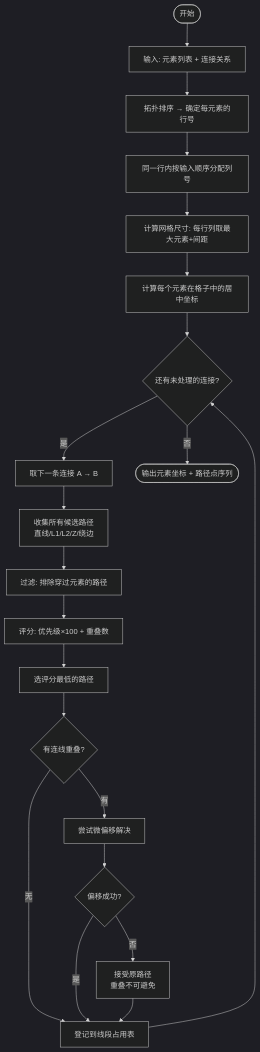
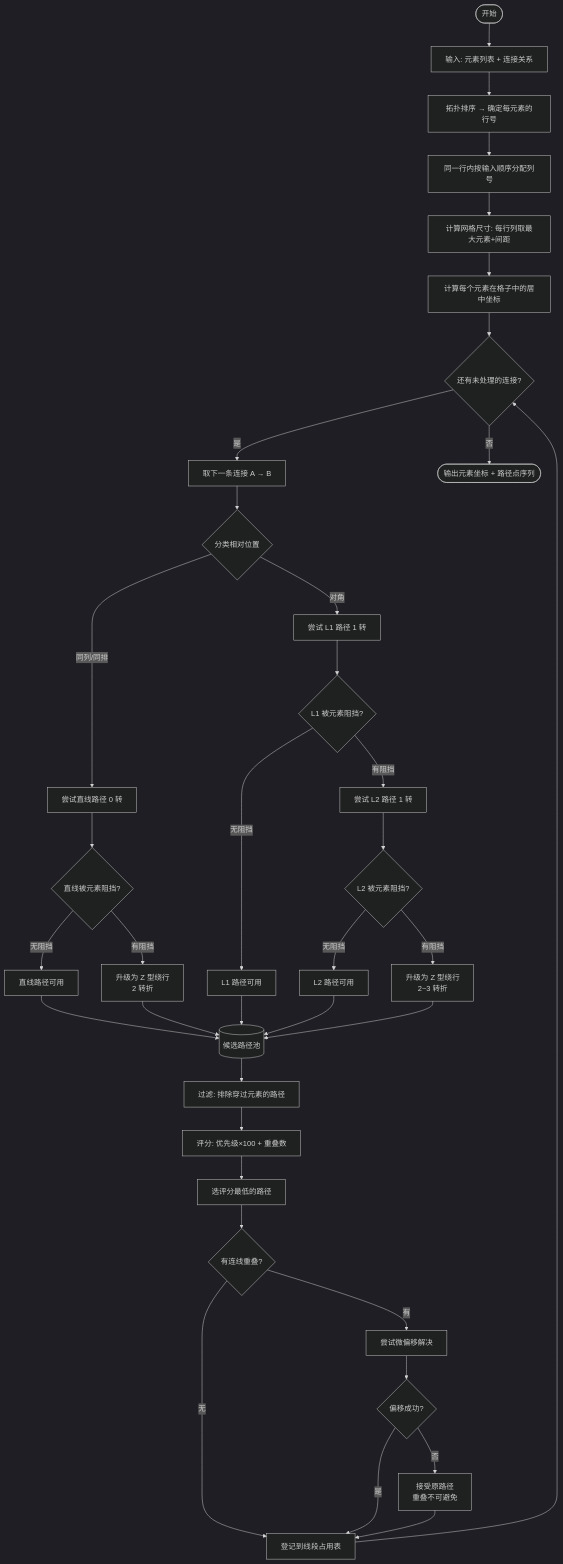
One commit to sjmyuan/prompts changed the first of 2 diagrams in examples/algorithms/flowchart.md. Above: the diagram before and after it, drawn with Mermaid (dark theme). The commit also changed other lines of this file and 24 other files, not shown here.

````diff
--- a/examples/algorithms/flowchart.md
+++ b/examples/algorithms/flowchart.md
@@ -822,28 +1260,49 @@
 ```mermaid
 flowchart TD
     Start([开始]) --> Input[输入: 元素列表 + 连接关系]
     Input --> Topo[拓扑排序 → 确定每元素的行号]
     Topo --> Col[同一行内按输入顺序分配列号]
     Col --> Grid[计算网格尺寸: 每行列取最大元素+间距]
     Grid --> Pos[计算每个元素在格子中的居中坐标]
     
     Pos --> NextConn{还有未处理的连接?}
     NextConn -->|是| GetConn[取下一条连接 A → B]
     NextConn -->|否| Output([输出元素坐标 + 路径点序列])
     
-    GetConn --> Collect[收集所有候选路径<br>直线/L1/L2/Z/绕边]
-    Collect --> Filter[过滤: 排除穿过元素的路径]
+    GetConn --> Classify{分类相对位置}
+    Classify -->|同列/同排| Straight[尝试直线路径 0 转]
+    Classify -->|对角| Diagonal[尝试 L1 路径 1 转]
+    
+    Straight --> StraightCheck{直线被元素阻挡?}
+    StraightCheck -->|无阻挡| StraightOK[直线路径可用]
+    StraightCheck -->|有阻挡| StraightZ[升级为 Z 型绕行<br>2 转折]
+    StraightZ --> CandidatePool
+    
+    Diagonal --> L1Check{L1 被元素阻挡?}
+    L1Check -->|无阻挡| L1OK[L1 路径可用]
+    L1Check -->|有阻挡| TryL2[尝试 L2 路径 1 转]
+    
+    TryL2 --> L2Check{L2 被元素阻挡?}
+    L2Check -->|无阻挡| L2OK[L2 路径可用]
+    L2Check -->|有阻挡| DiagonalZ[升级为 Z 型绕行<br>2~3 转折]
+    DiagonalZ --> CandidatePool
+    
+    StraightOK --> CandidatePool[(候选路径池)]
+    L1OK --> CandidatePool
+    L2OK --> CandidatePool
+    
+    CandidatePool --> Filter[过滤: 排除穿过元素的路径]
     Filter --> Score[评分: 优先级×100 + 重叠数]
     Score --> Select[选评分最低的路径]
     
     Select --> CheckOverlap{有连线重叠?}
     CheckOverlap -->|无| Register[登记到线段占用表]
     CheckOverlap -->|有| Resolve[尝试微偏移解决]
     
     Resolve --> Resolved{偏移成功?}
     Resolved -->|是| Register
     Resolved -->|否| UseRaw[接受原路径<br>重叠不可避免]
     UseRaw --> Register
     
     Register --> NextConn
 ```
````
